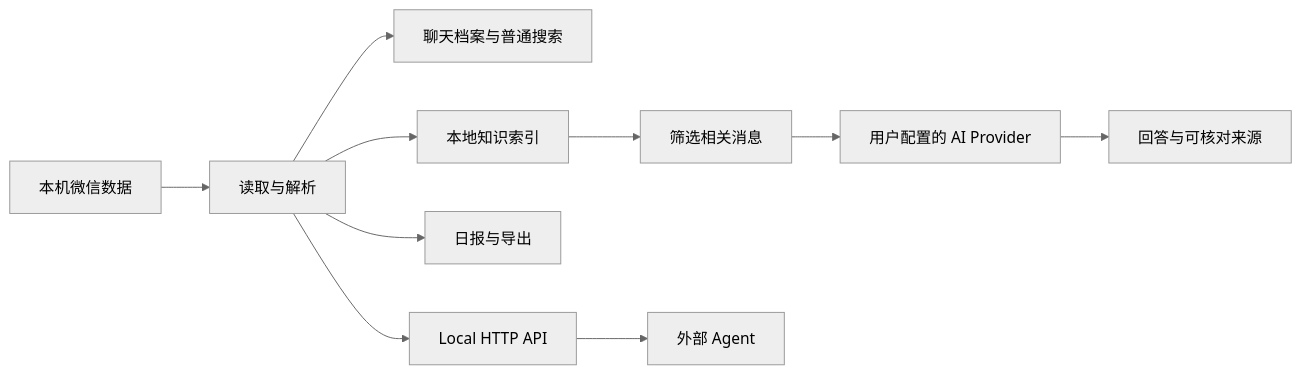
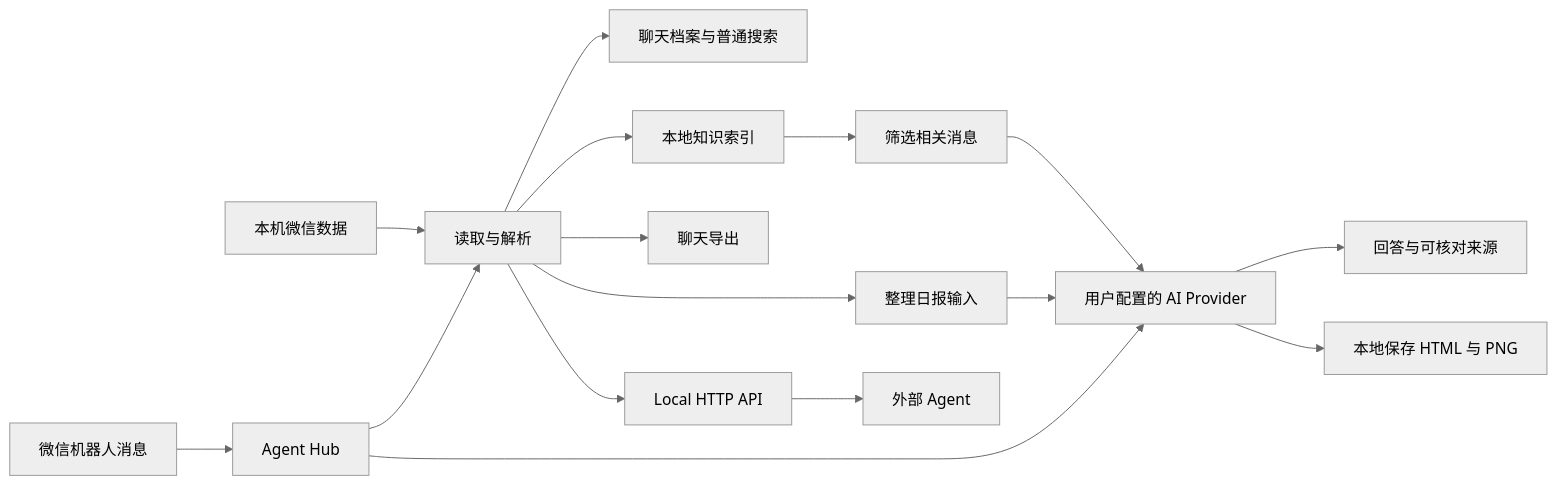
Before and after one commit to MichaelC001/WechatExplorer: the diagram in docs/concepts/how-it-works.md, drawn with Mermaid (neutral theme). The commit also changed other lines of this file and 22 other files, not shown here.

````diff
--- a/docs/concepts/how-it-works.md
+++ b/docs/concepts/how-it-works.md
@@ -5,12 +5,18 @@
 ```mermaid
 flowchart LR
   A[本机微信数据] --> B[读取与解析]
   B --> C[聊天档案与普通搜索]
   B --> D[本地知识索引]
   D --> E[筛选相关消息]
   E --> F[用户配置的 AI Provider]
   F --> G[回答与可核对来源]
-  B --> H[日报与导出]
-  B --> I[Local HTTP API]
-  I --> J[外部 Agent]
+  B --> H[聊天导出]
+  B --> I[整理日报输入]
+  I --> F
+  F --> J[本地保存 HTML 与 PNG]
+  B --> K[Local HTTP API]
+  K --> L[外部 Agent]
+  M[微信机器人消息] --> N[Agent Hub]
+  N --> B
+  N --> F
 ```
````
